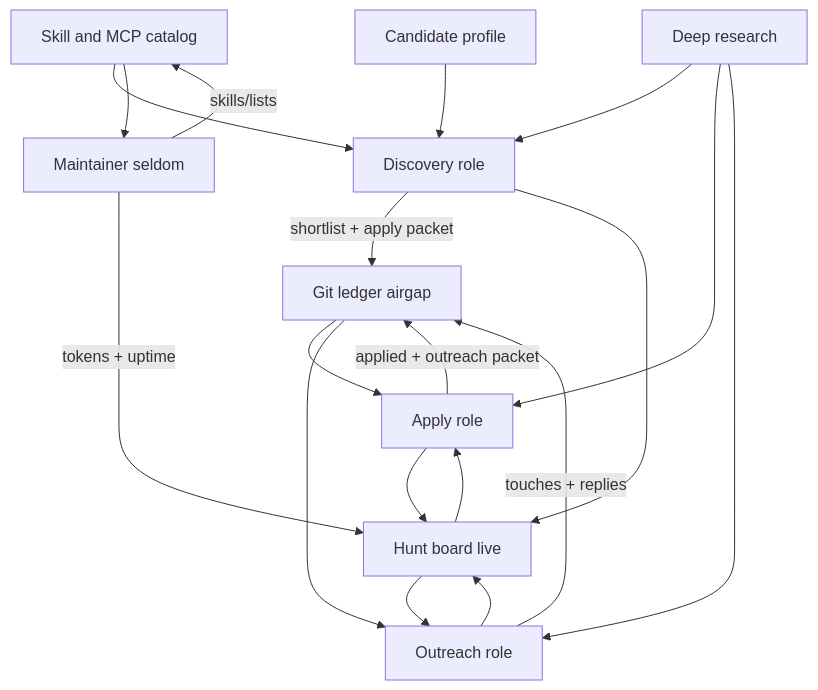
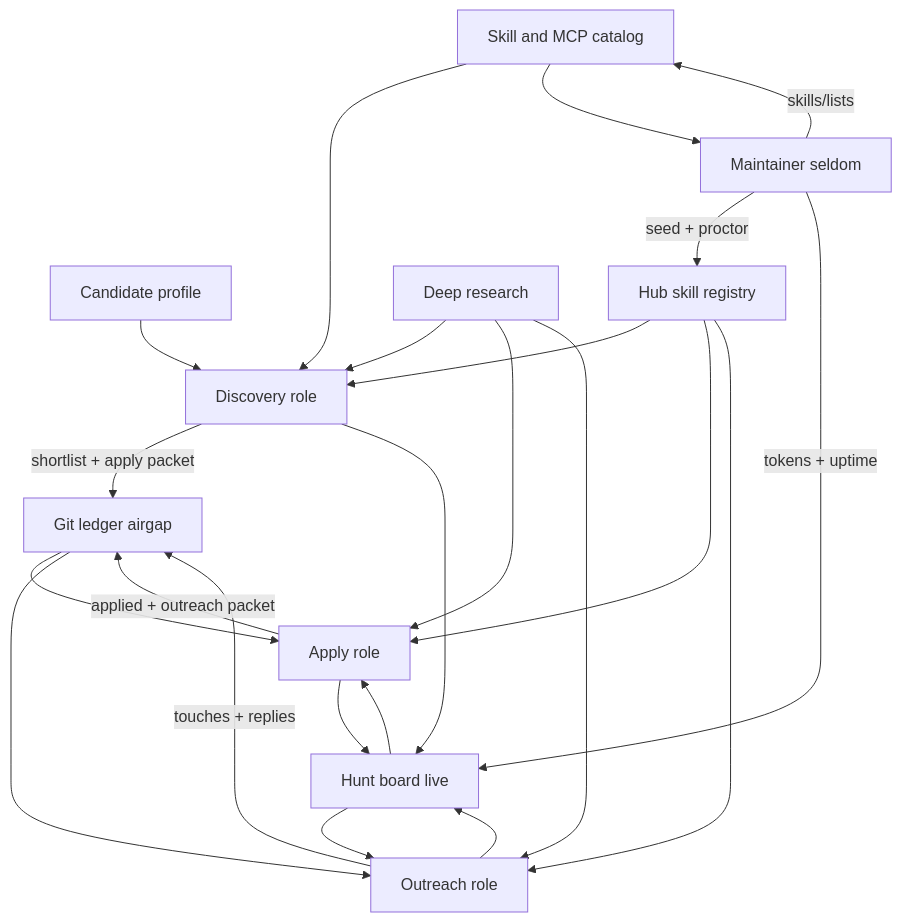
The diagram in README.md (unownone/jobos), drawn with Mermaid before and after one commit. The commit also changed other lines of this file and 57 other files, not shown here.

First line of the commit message:
Add Hub skill registry seeded from GitHub starters

````diff
--- a/README.md
+++ b/README.md
@@ -70,31 +70,36 @@
 ```mermaid
 flowchart TD
   profile[Candidate profile]
   catalog[Skill and MCP catalog]
+  registry[Hub skill registry]
   research[Deep research]
   discovery[Discovery role]
   ledger[Git ledger airgap]
   board[Hunt board live]
   apply[Apply role]
   outreach[Outreach role]
   maintainer[Maintainer seldom]
 
   profile --> discovery
   catalog --> discovery
   catalog --> maintainer
+  registry --> discovery
+  registry --> apply
+  registry --> outreach
   maintainer -->|"skills/lists"| catalog
+  maintainer -->|"seed + proctor"| registry
   maintainer -->|"tokens + uptime"| board
   research --> discovery
   research --> apply
   research --> outreach
   discovery -->|"shortlist + apply packet"| ledger
   discovery --> board
   ledger --> apply
   board --> apply
   apply -->|"applied + outreach packet"| ledger
   apply --> board
   ledger --> outreach
   board --> outreach
   outreach -->|"touches + replies"| ledger
   outreach --> board
 ```
````
